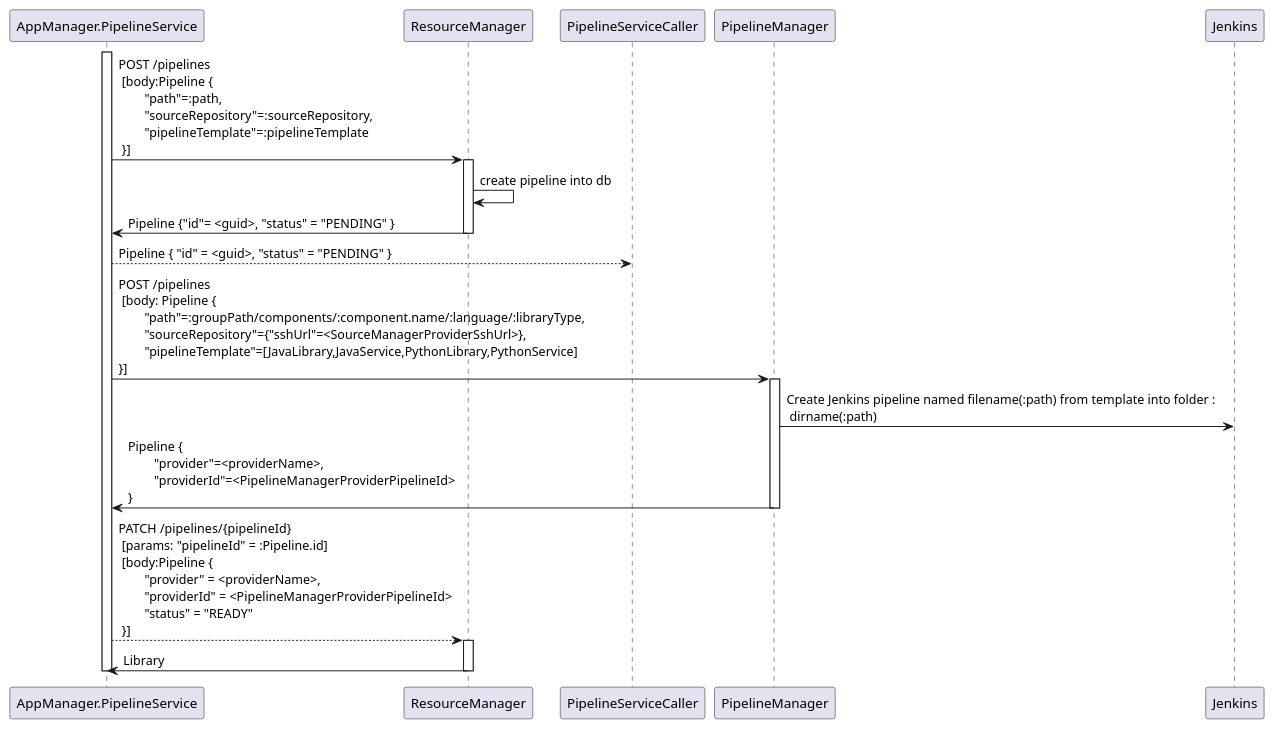
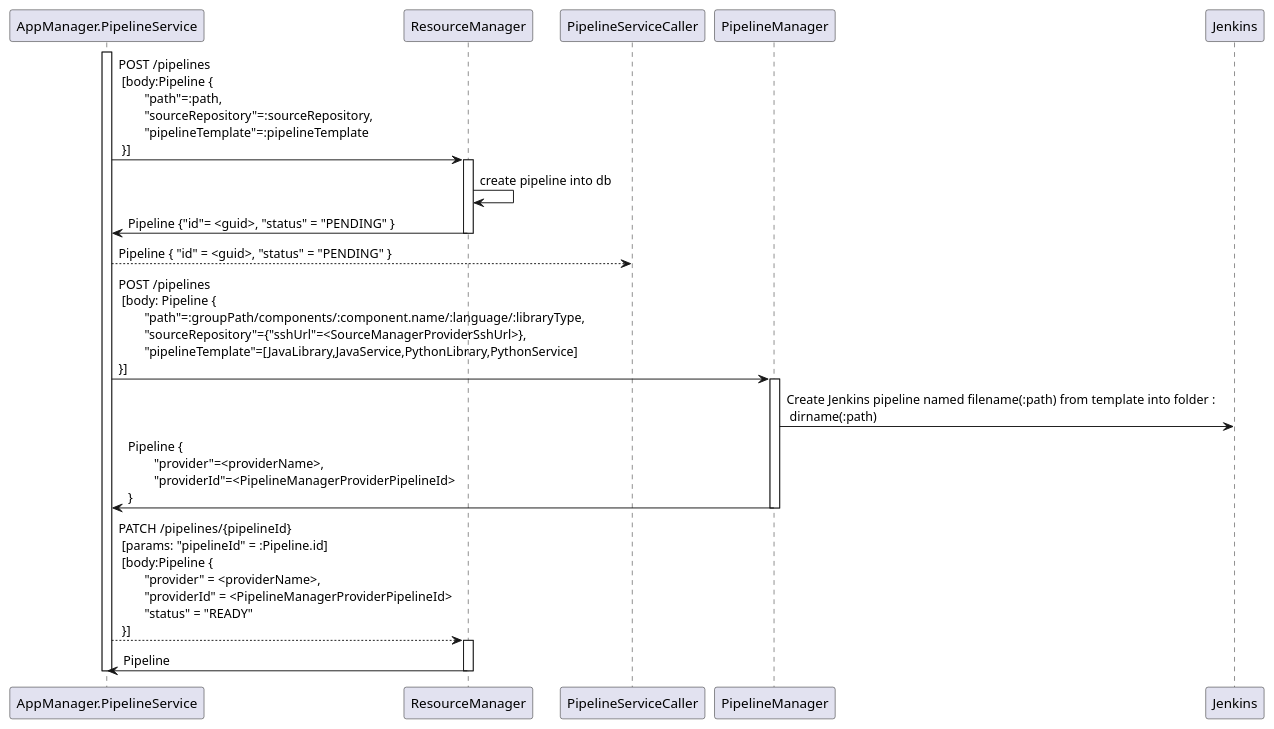
Before and after one commit to kathra-project/specifications: the diagram in Use cases/Pipeline/create-sequence-from-pathSourceRepositoryPipelineTemplate.puml, drawn with PlantUML. The commit also changed 18 other files, not shown here.

```diff
--- a/Use cases/Pipeline/create-sequence-from-pathSourceRepositoryPipelineTemplate.puml
+++ b/Use cases/Pipeline/create-sequence-from-pathSourceRepositoryPipelineTemplate.puml
@@ -1,32 +1,32 @@
 @startuml
 
 activate AppManager.PipelineService
 
       AppManager.PipelineService -> ResourceManager: POST /pipelines \n [body:Pipeline { \n\
 \t"path"=:path, \n\t"sourceRepository"=:sourceRepository, \n\t"pipelineTemplate"=:pipelineTemplate \n }]
       activate ResourceManager
       ResourceManager -> ResourceManager: create pipeline into db
       ResourceManager -> AppManager.PipelineService: Pipeline {"id"= <guid>, "status" = "PENDING" }
       deactivate ResourceManager
 
       AppManager.PipelineService --> "PipelineServiceCaller" : Pipeline { "id" = <guid>, "status" = "PENDING" }
 
       AppManager.PipelineService -> PipelineManager: POST /pipelines \n [body: Pipeline { \n\
 \t"path"=:groupPath/components/:component.name/:language/:libraryType, \n\t"sourceRepository"={"sshUrl"=<SourceManagerProviderSshUrl>},\n\t"pipelineTemplate"=[JavaLibrary,JavaService,PythonLibrary,PythonService]\n}]
       activate PipelineManager
             PipelineManager -> Jenkins: Create Jenkins pipeline named filename(:path) from template into folder : \n dirname(:path)
           PipelineManager -> AppManager.PipelineService: Pipeline { \n\
 \t"provider"=<providerName>, \n\t"providerId"=<PipelineManagerProviderPipelineId>\n}
       deactivate PipelineManager
 
 
 
       AppManager.PipelineService --> ResourceManager: PATCH /pipelines/{pipelineId} \n [params: "pipelineId" = :Pipeline.id] \n [body:Pipeline { \n\
 \t"provider" = <providerName>,\n\t"providerId" = <PipelineManagerProviderPipelineId>\n\t"status" = "READY" \n }]
 
       activate ResourceManager
-      ResourceManager -> AppManager.PipelineService: Library
+      ResourceManager -> AppManager.PipelineService: Pipeline
       deactivate ResourceManager
 deactivate AppManager.PipelineService
 
 @enduml
```
